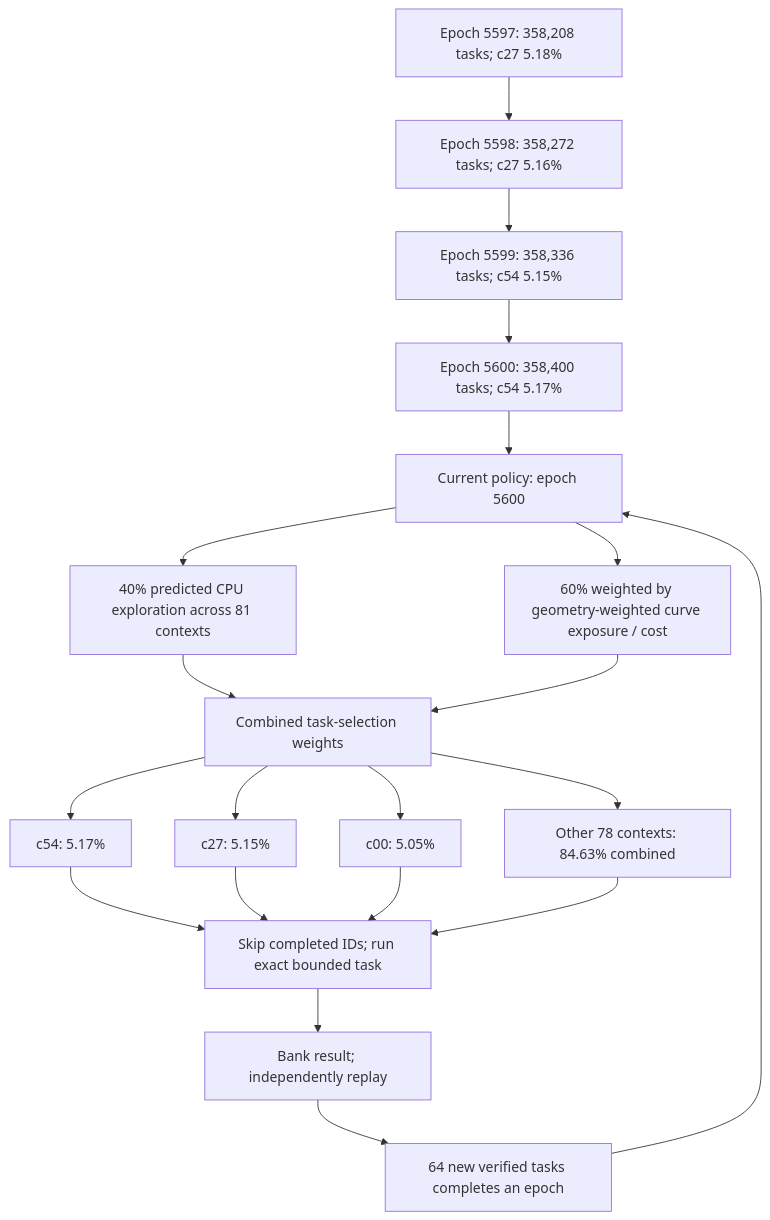
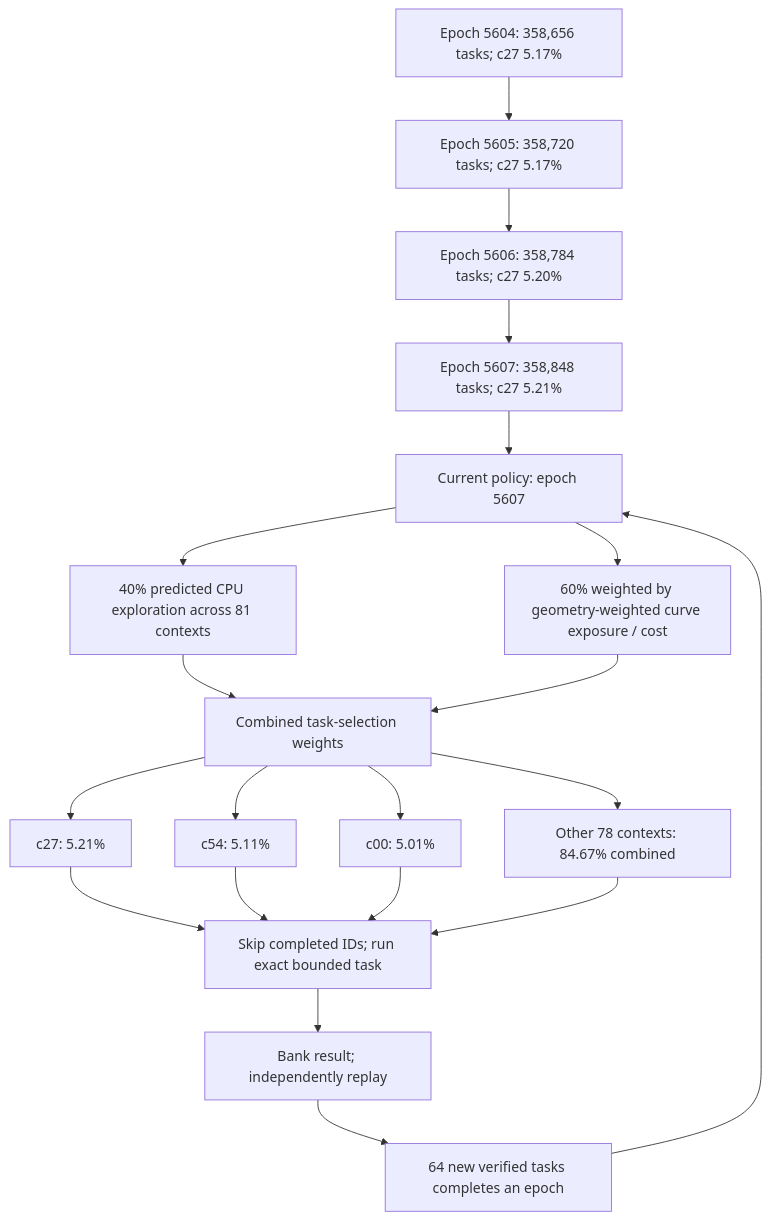
One commit to Kuberwastaken/math-gambling changed the first of 3 diagrams in README.md. Above: the diagram before and after it, drawn with Mermaid. The commit also changed other lines of this file and 1799 other files, not shown here.

````diff
--- a/README.md
+++ b/README.md
@@ -60,27 +60,27 @@
 ```mermaid
 flowchart TD
-    H0["Epoch 5597: 358,208 tasks; c27 5.18%"]
-    H1["Epoch 5598: 358,272 tasks; c27 5.16%"]
+    H0["Epoch 5604: 358,656 tasks; c27 5.17%"]
+    H1["Epoch 5605: 358,720 tasks; c27 5.17%"]
     H0 --> H1
-    H2["Epoch 5599: 358,336 tasks; c54 5.15%"]
+    H2["Epoch 5606: 358,784 tasks; c27 5.20%"]
     H1 --> H2
-    H3["Epoch 5600: 358,400 tasks; c54 5.17%"]
+    H3["Epoch 5607: 358,848 tasks; c27 5.21%"]
     H2 --> H3
-    Policy["Current policy: epoch 5600"]
+    Policy["Current policy: epoch 5607"]
     H3 --> Policy
     Policy --> Explore["40% predicted CPU exploration across 81 contexts"]
     Policy --> Cost["60% weighted by geometry-weighted curve exposure / cost"]
     Explore --> Mix["Combined task-selection weights"]
     Cost --> Mix
-    Mix --> C0["c54: 5.17%"]
-    Mix --> C1["c27: 5.15%"]
-    Mix --> C2["c00: 5.05%"]
-    Mix --> Rest["Other 78 contexts: 84.63% combined"]
+    Mix --> C0["c27: 5.21%"]
+    Mix --> C1["c54: 5.11%"]
+    Mix --> C2["c00: 5.01%"]
+    Mix --> Rest["Other 78 contexts: 84.67% combined"]
     C0 --> Check["Skip completed IDs; run exact bounded task"]
     C1 --> Check
     C2 --> Check
     Rest --> Check
     Check --> Replay["Bank result; independently replay"]
     Replay --> Gate["64 new verified tasks completes an epoch"]
     Gate --> Policy
 ```
````
